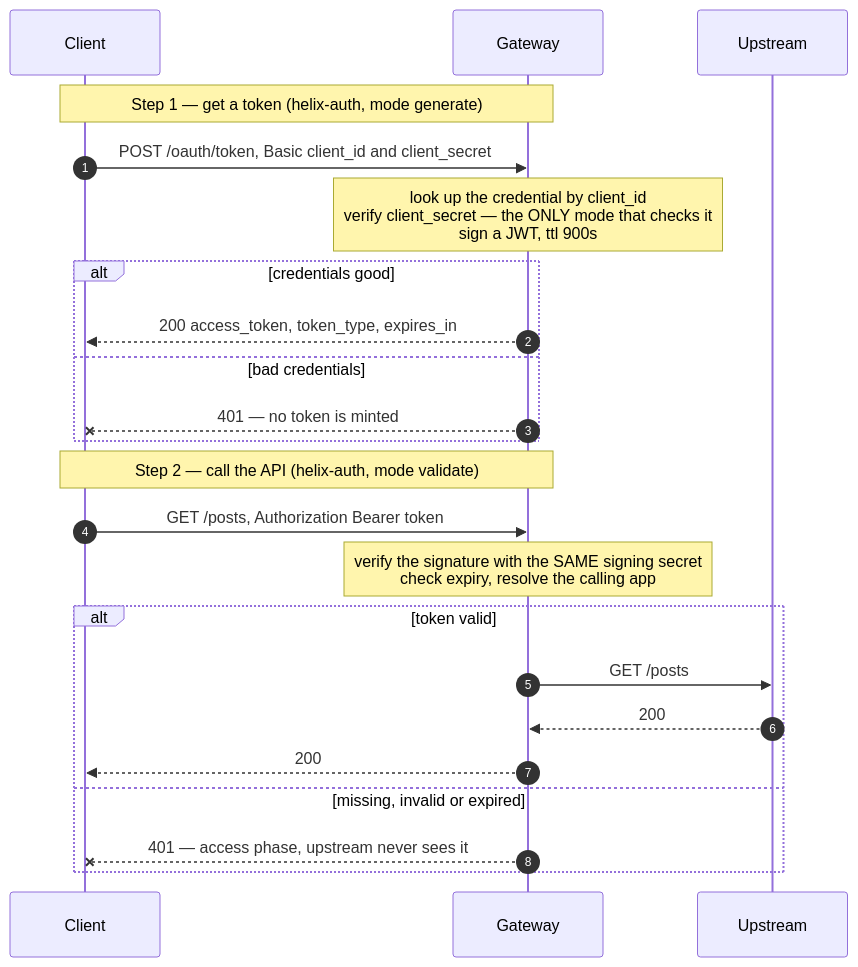
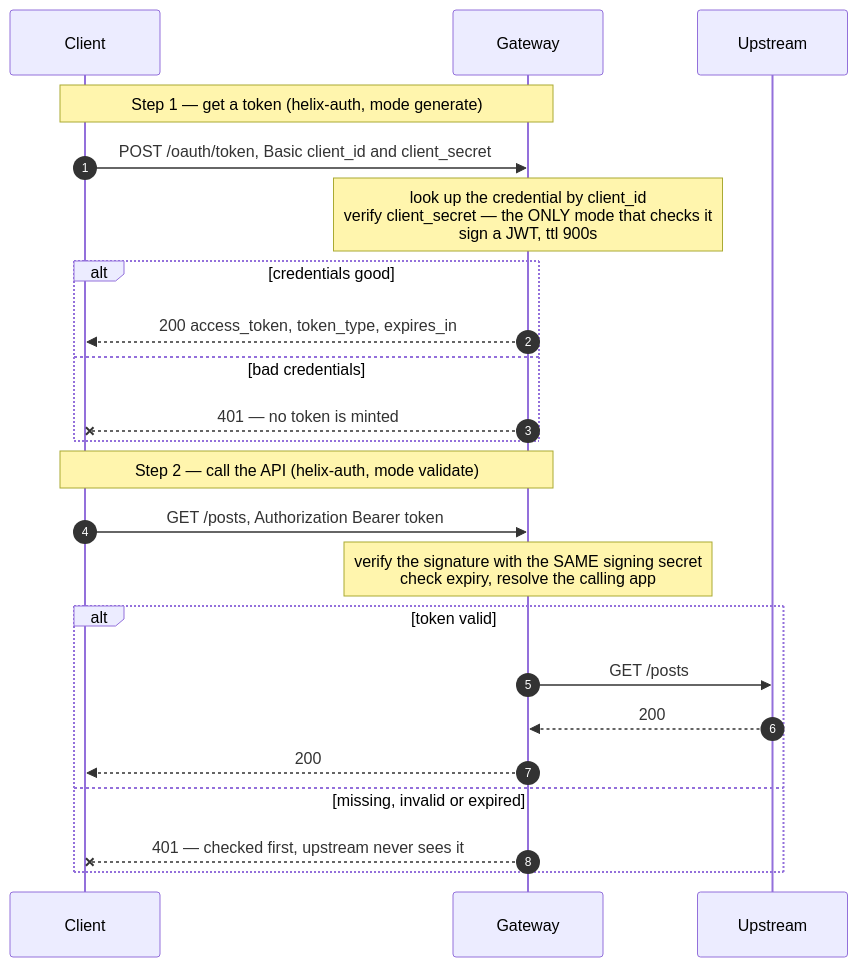
The diagram in solutions/02-oauth-jwt/architecture.md (digitalapicraft/api-gateway-solutions), drawn with Mermaid before and after one commit. The commit also changed other lines of this file and 33 other files, not shown here.

````diff
--- a/solutions/02-oauth-jwt/architecture.md
+++ b/solutions/02-oauth-jwt/architecture.md
@@ -37,27 +37,27 @@
 ```mermaid
 sequenceDiagram
     autonumber
     participant C as Client
     participant GW as Gateway
     participant UP as Upstream
 
     Note over C,GW: Step 1 — get a token (helix-auth, mode generate)
     C->>GW: POST /oauth/token, Basic client_id and client_secret
     Note over GW: look up the credential by client_id<br/>verify client_secret — the ONLY mode that checks it<br/>sign a JWT, ttl 900s
     alt credentials good
         GW-->>C: 200 access_token, token_type, expires_in
     else bad credentials
         GW--xC: 401 — no token is minted
     end
 
     Note over C,GW: Step 2 — call the API (helix-auth, mode validate)
     C->>GW: GET /posts, Authorization Bearer token
     Note over GW: verify the signature with the SAME signing secret<br/>check expiry, resolve the calling app
     alt token valid
         GW->>UP: GET /posts
         UP-->>GW: 200
         GW-->>C: 200
     else missing, invalid or expired
-        GW--xC: 401 — access phase, upstream never sees it
+        GW--xC: 401 — checked first, upstream never sees it
     end
 ```
````
